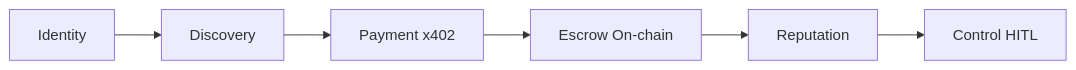
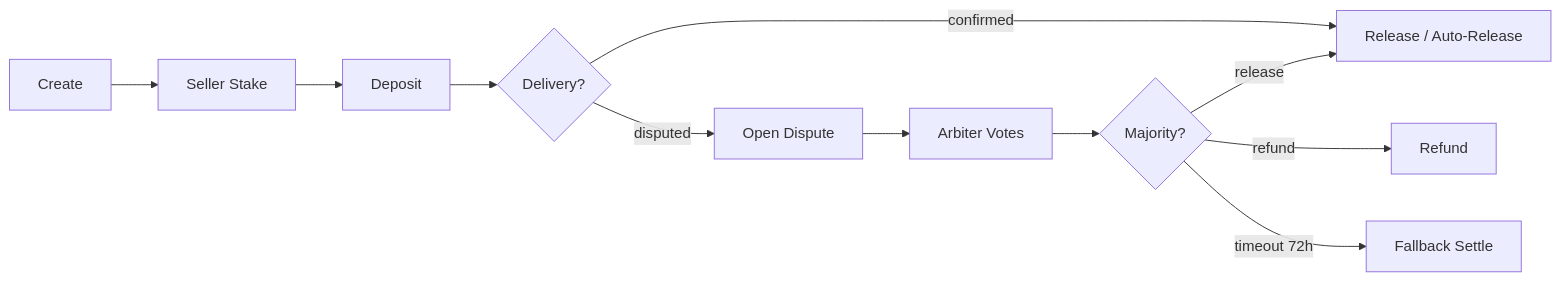
The first of 2 diagrams in README.md (Andy00L/ton-agent-kit), drawn with Mermaid before and after one commit. The commit also changed other lines of this file and 95 other files, not shown here.

````diff
--- a/README.md
+++ b/README.md
@@ -493,8 +327,13 @@
 ```mermaid
-flowchart LR
-    A[Identity] --> B[Discovery]
-    B --> C[Payment x402]
-    C --> D[Escrow On-chain]
-    D --> E[Reputation]
-    E --> F[Control HITL]
+graph LR
+    A[Create] --> B[Seller Stake]
+    B --> C[Deposit]
+    C --> D{Delivery?}
+    D -->|confirmed| E[Release / Auto-Release]
+    D -->|disputed| F[Open Dispute]
+    F --> G[Arbiter Votes]
+    G --> H{Majority?}
+    H -->|release| E
+    H -->|refund| I[Refund]
+    H -->|timeout 72h| J[Fallback Settle]
 ```
````
